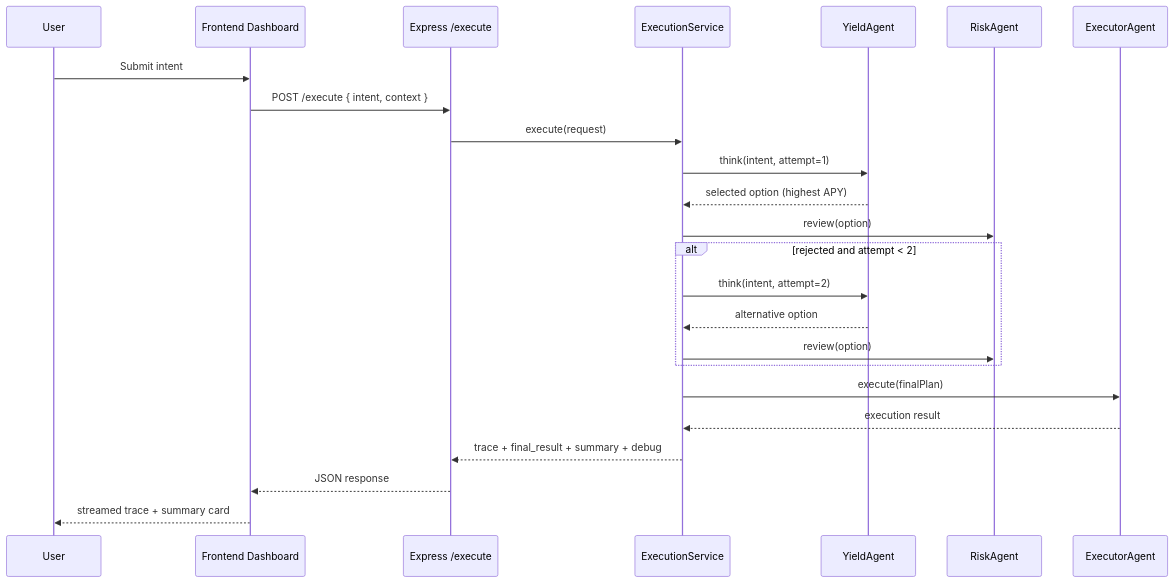
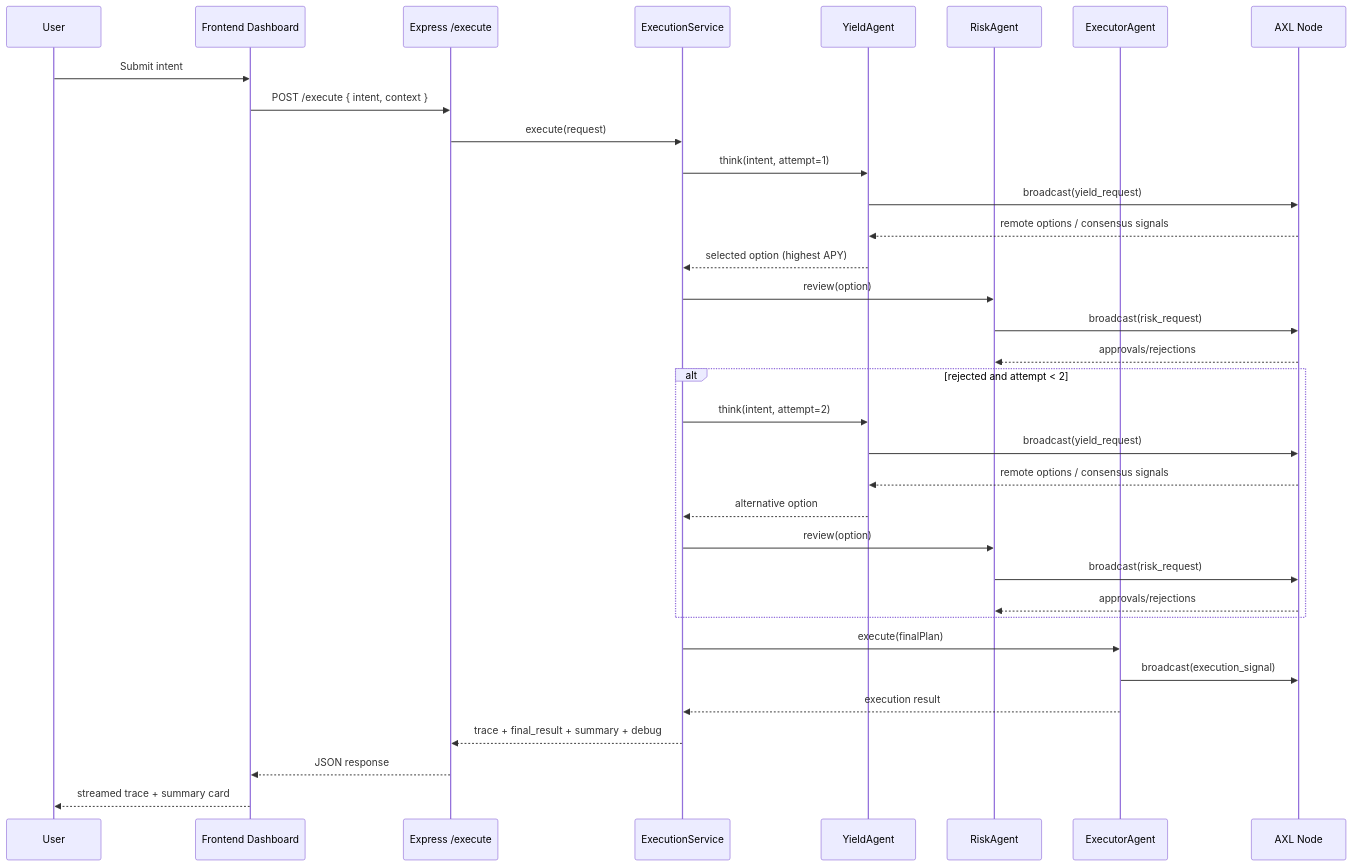
The second of 2 diagrams in docs/architecture.md (Krishnav1237/RelayX), drawn with Mermaid before and after one commit. The commit also changed other lines of this file and 26 other files, not shown here.

````diff
--- a/docs/architecture.md
+++ b/docs/architecture.md
@@ -28,27 +32,37 @@
 ```mermaid
 sequenceDiagram
     participant User
     participant FE as Frontend Dashboard
     participant API as Express /execute
     participant ES as ExecutionService
     participant YA as YieldAgent
     participant RA as RiskAgent
     participant EA as ExecutorAgent
+    participant AXL as AXL Node
 
     User->>FE: Submit intent
     FE->>API: POST /execute { intent, context }
     API->>ES: execute(request)
     ES->>YA: think(intent, attempt=1)
+    YA->>AXL: broadcast(yield_request)
+    AXL-->>YA: remote options / consensus signals
     YA-->>ES: selected option (highest APY)
     ES->>RA: review(option)
+    RA->>AXL: broadcast(risk_request)
+    AXL-->>RA: approvals/rejections
     alt rejected and attempt < 2
       ES->>YA: think(intent, attempt=2)
+      YA->>AXL: broadcast(yield_request)
+      AXL-->>YA: remote options / consensus signals
       YA-->>ES: alternative option
       ES->>RA: review(option)
+      RA->>AXL: broadcast(risk_request)
+      AXL-->>RA: approvals/rejections
     end
     ES->>EA: execute(finalPlan)
+    EA->>AXL: broadcast(execution_signal)
     EA-->>ES: execution result
     ES-->>API: trace + final_result + summary + debug
     API-->>FE: JSON response
     FE-->>User: streamed trace + summary card
 ```
````
